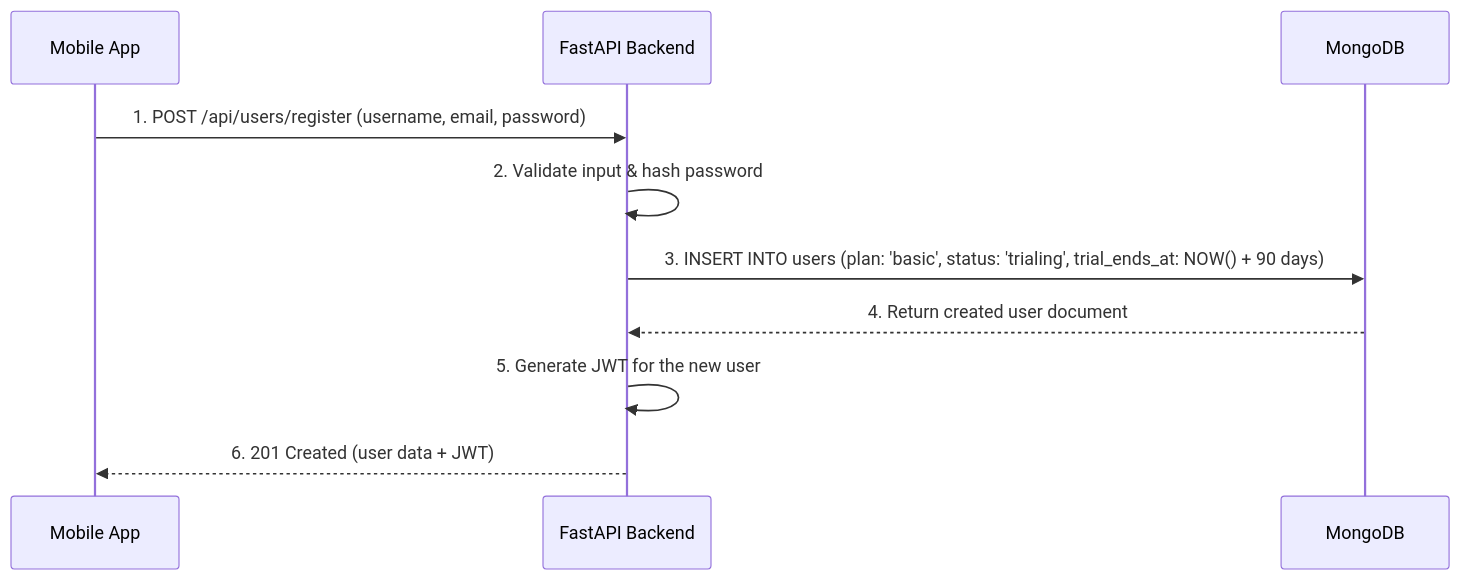
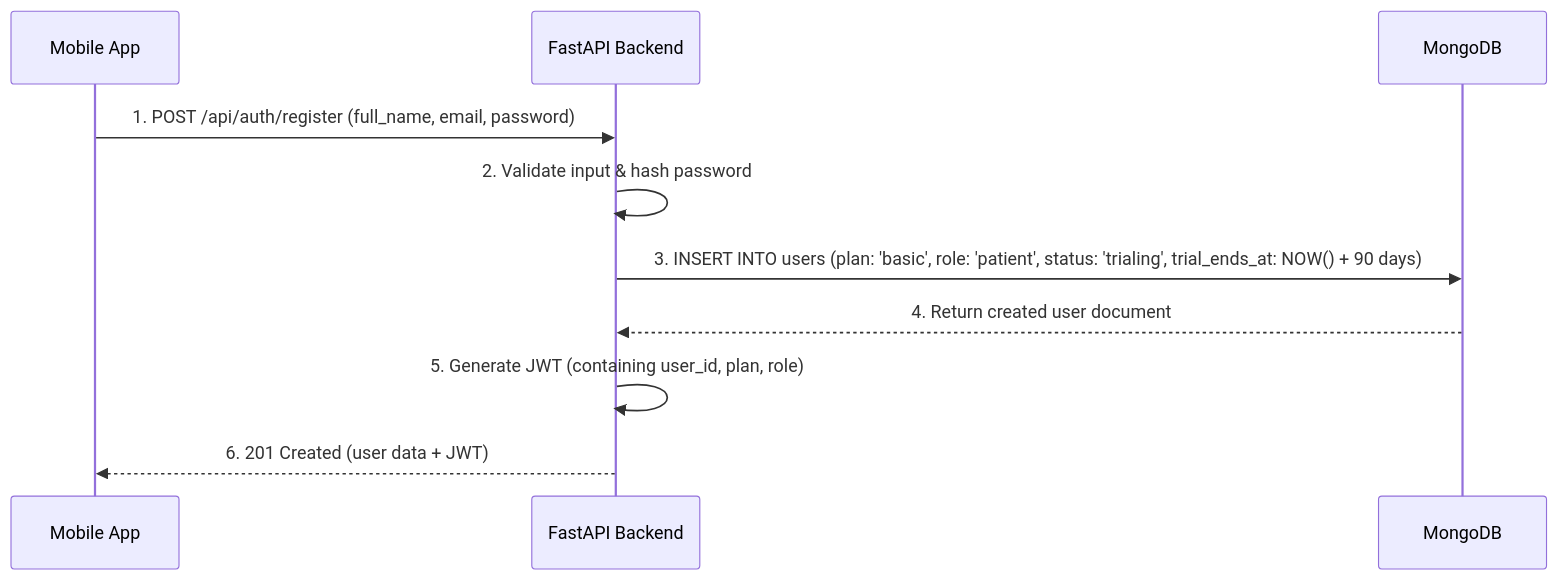
Before and after one commit to harishconti/doctor-log: the second of 3 diagrams in Architecture.md, drawn with Mermaid. The commit also changed other lines of this file and 1 other file, not shown here.

````diff
--- a/Architecture.md
+++ b/Architecture.md
@@ -134,12 +146,12 @@
 ```mermaid
 sequenceDiagram
     participant Client as Mobile App
     participant Server as FastAPI Backend
     participant DB as MongoDB
-    Client->>Server: 1. POST /api/users/register (username, email, password)
+    Client->>Server: 1. POST /api/auth/register (full_name, email, password)
     Server->>Server: 2. Validate input & hash password
-    Server->>DB: 3. INSERT INTO users (plan: 'basic', status: 'trialing', trial_ends_at: NOW() + 90 days)
+    Server->>DB: 3. INSERT INTO users (plan: 'basic', role: 'patient', status: 'trialing', trial_ends_at: NOW() + 90 days)
     DB-->>Server: 4. Return created user document
-    Server->>Server: 5. Generate JWT for the new user
+    Server->>Server: 5. Generate JWT (containing user_id, plan, role)
     Server-->>Client: 6. 201 Created (user data + JWT)
 ```
````
